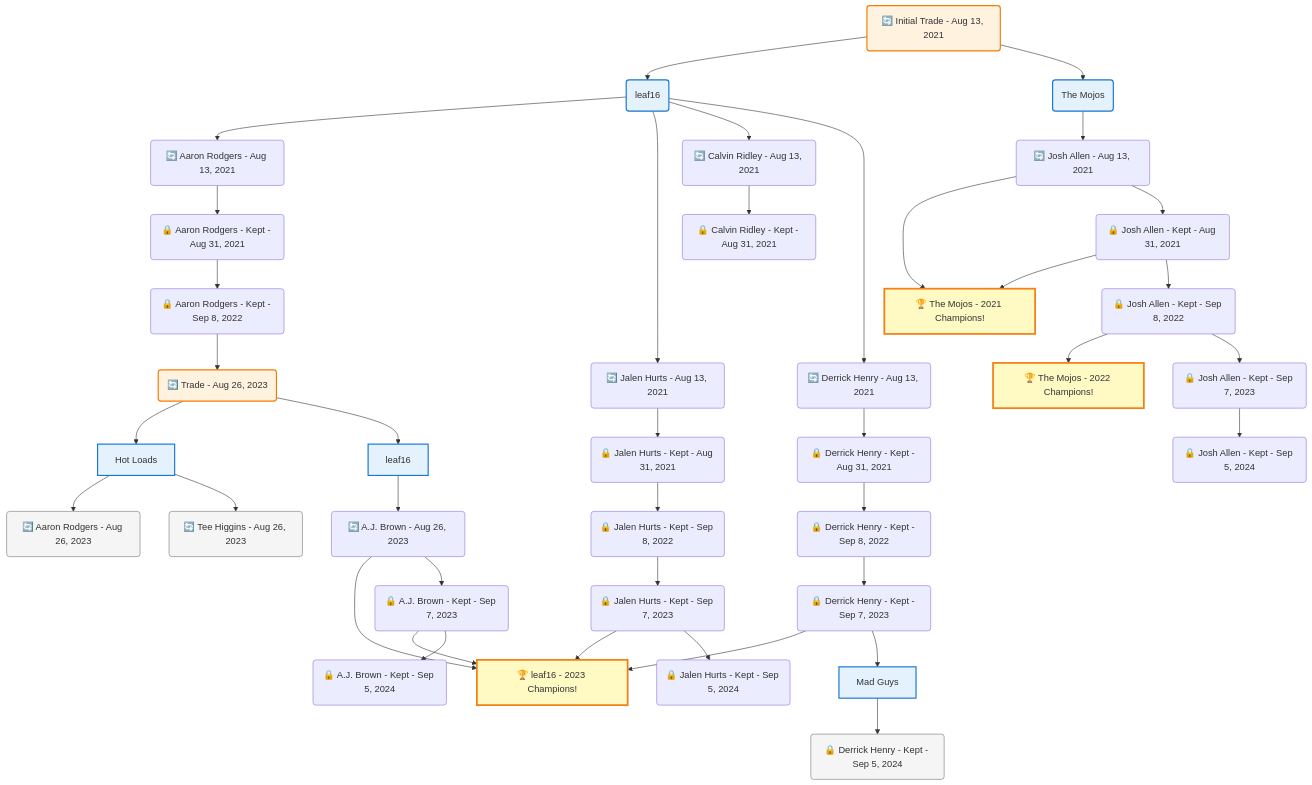
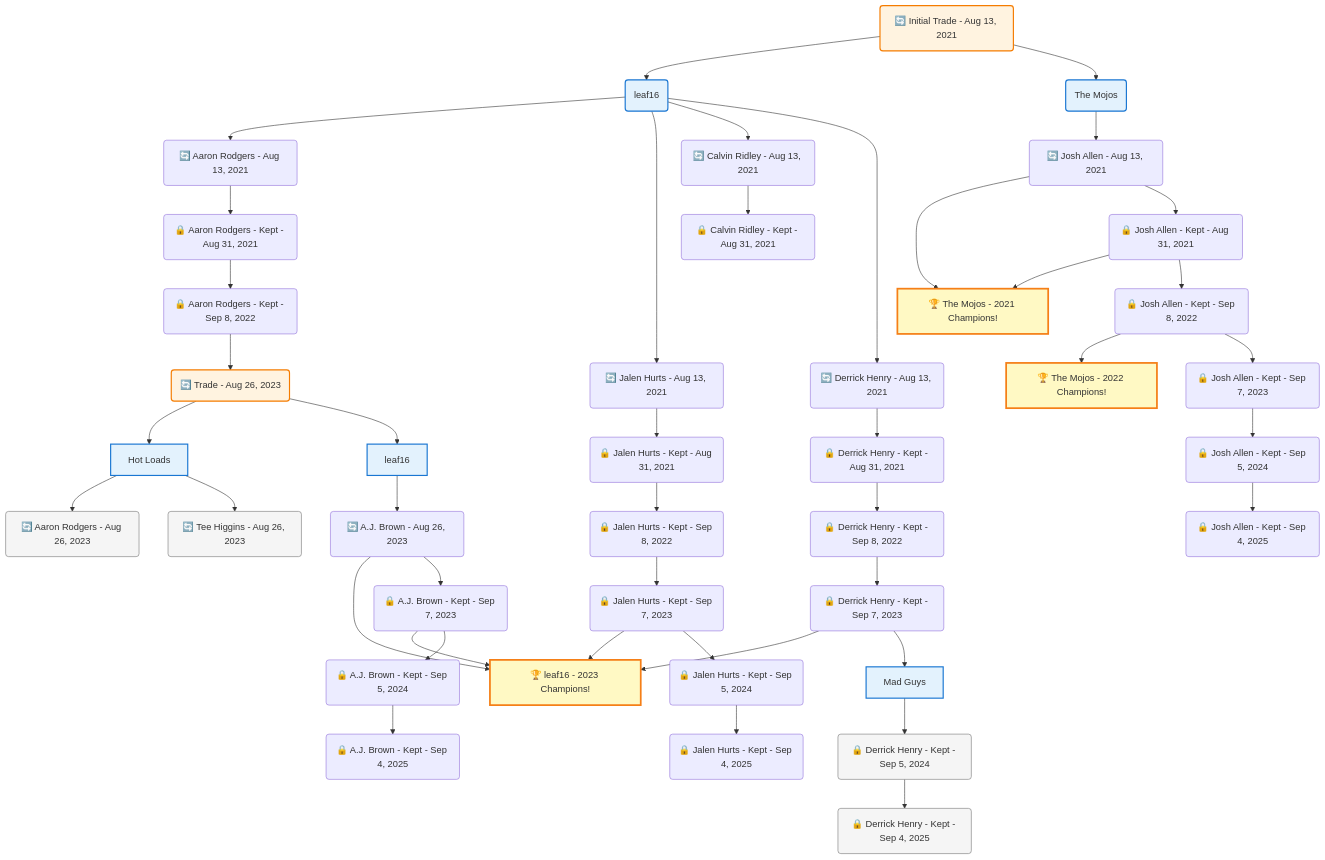
Before and after one commit to bsnooks/FantasyArchive: the diagram in frontend/public/data/trade-trees/mermaid/e4fccfb4-45d7-4b39-b3fa-3c821d621471.mmd, drawn with Mermaid. The commit also changed 76 other files, not shown here.

```diff
--- a/frontend/public/data/trade-trees/mermaid/e4fccfb4-45d7-4b39-b3fa-3c821d621471.mmd
+++ b/frontend/public/data/trade-trees/mermaid/e4fccfb4-45d7-4b39-b3fa-3c821d621471.mmd
@@ -1,90 +1,98 @@
 flowchart TD
 
     TRADE_MAIN("🔄 Initial Trade - Aug 13, 2021")
     TEAM_1("leaf16")
     TEAM_2("The Mojos")
     NODE_6bb3e177-7ff8-41ea-acd8-56f4f56e1b25("🔄 Aaron Rodgers - Aug 13, 2021")
     NODE_2592a7f6-b7c4-43d1-86ca-1eb32d608bd8("🔒 Aaron Rodgers - Kept - Aug 31, 2021")
     NODE_c256d2ac-c3c7-4985-8ee0-e17c50793281("🔒 Aaron Rodgers - Kept - Sep 8, 2022")
     TRADE_1e0f92f5-f740-452e-960a-a92c22afa115_3("🔄 Trade - Aug 26, 2023")
     TEAM_8e9f18ff-62c3-40e8-bb10-32f74cf4ee33_4["Hot Loads"]
     NODE_8aa48c5d-0248-4f37-b939-44a21820aa03("🔄 Aaron Rodgers - Aug 26, 2023")
     NODE_e0000e36-700d-493f-b3eb-b050938564e6("🔄 Tee Higgins - Aug 26, 2023")
     TEAM_66fb98f4-89a7-45f9-893a-b41d71e6249d_5["leaf16"]
     NODE_d94a3670-dfbf-4c37-91c1-d9776711e83b("🔄 A.J. Brown - Aug 26, 2023")
     CHAMP_66fb98f4-89a7-45f9-893a-b41d71e6249d_2023["🏆 leaf16 - 2023 Champions!"]
     NODE_66ce661e-c7b3-47f3-b522-24e21946dbba("🔒 A.J. Brown - Kept - Sep 7, 2023")
     NODE_5c3d7ce1-e559-4d1e-8be6-e87ae55e700a("🔒 A.J. Brown - Kept - Sep 5, 2024")
+    NODE_4ef850b8-3c4e-4c1b-8425-0f82d155195f("🔒 A.J. Brown - Kept - Sep 4, 2025")
     NODE_5e353109-3472-43ef-a0e0-668c3c5fc77f("🔄 Jalen Hurts - Aug 13, 2021")
     NODE_36c720dc-547d-4abb-9f99-a771c77a73dd("🔒 Jalen Hurts - Kept - Aug 31, 2021")
     NODE_24ecc5d2-74ae-4ca9-bb7d-bdf761878425("🔒 Jalen Hurts - Kept - Sep 8, 2022")
     NODE_eb4cc777-9000-4a04-8704-087a8e0257c3("🔒 Jalen Hurts - Kept - Sep 7, 2023")
     NODE_a9555c0e-246a-4add-b8a5-2e7de4c6cb0d("🔒 Jalen Hurts - Kept - Sep 5, 2024")
+    NODE_bc3b5963-81ee-4992-bdd9-4acbbed351b5("🔒 Jalen Hurts - Kept - Sep 4, 2025")
     NODE_ef11cc07-e07a-4645-bf87-834813f2a0d8("🔄 Calvin Ridley - Aug 13, 2021")
     NODE_ac8f9add-a36c-4110-9ea1-a7dacf1d1be6("🔒 Calvin Ridley - Kept - Aug 31, 2021")
     NODE_3a3f7e20-ef59-4dec-a510-94df4939aa24("🔄 Derrick Henry - Aug 13, 2021")
     NODE_317c8f77-cf03-4499-bfbb-02de7818d3b5("🔒 Derrick Henry - Kept - Aug 31, 2021")
     NODE_31050d86-077a-41fa-8b77-8694db0ca2b8("🔒 Derrick Henry - Kept - Sep 8, 2022")
     NODE_46a9a9f6-7649-4a40-a70d-ffe735dbe5b7("🔒 Derrick Henry - Kept - Sep 7, 2023")
     TEAM_f5908944-6efd-40eb-af54-6c53004e0e2f_6["Mad Guys"]
     NODE_b78b4765-cfe3-4682-a60a-e86c37e169f1("🔒 Derrick Henry - Kept - Sep 5, 2024")
+    NODE_3ba3844a-ff1f-40f3-a19f-3bc002554983("🔒 Derrick Henry - Kept - Sep 4, 2025")
     NODE_2ad2f5a6-4438-4752-a150-99aee3abd7df("🔄 Josh Allen - Aug 13, 2021")
     CHAMP_bbe2d0ad-54cf-4c22-be82-b2a5f262a157_2021["🏆 The Mojos - 2021 Champions!"]
     NODE_eca05795-b8d2-465c-87ea-a29786bb0bf9("🔒 Josh Allen - Kept - Aug 31, 2021")
     NODE_84f20f1f-2812-482e-a17f-97b722b99b57("🔒 Josh Allen - Kept - Sep 8, 2022")
     CHAMP_bbe2d0ad-54cf-4c22-be82-b2a5f262a157_2022["🏆 The Mojos - 2022 Champions!"]
     NODE_d0ed6e4c-f454-4dfe-9a4e-7852bfb57ba7("🔒 Josh Allen - Kept - Sep 7, 2023")
     NODE_057e3440-0fad-4b3d-96b5-0f3a913430de("🔒 Josh Allen - Kept - Sep 5, 2024")
+    NODE_32d3cfae-11dc-4199-9224-07c7085b4f01("🔒 Josh Allen - Kept - Sep 4, 2025")
 
     TRADE_MAIN --> TEAM_1
     TRADE_MAIN --> TEAM_2
     TEAM_1 --> NODE_6bb3e177-7ff8-41ea-acd8-56f4f56e1b25
     NODE_6bb3e177-7ff8-41ea-acd8-56f4f56e1b25 --> NODE_2592a7f6-b7c4-43d1-86ca-1eb32d608bd8
     NODE_2592a7f6-b7c4-43d1-86ca-1eb32d608bd8 --> NODE_c256d2ac-c3c7-4985-8ee0-e17c50793281
     NODE_c256d2ac-c3c7-4985-8ee0-e17c50793281 --> TRADE_1e0f92f5-f740-452e-960a-a92c22afa115_3
     TRADE_1e0f92f5-f740-452e-960a-a92c22afa115_3 --> TEAM_8e9f18ff-62c3-40e8-bb10-32f74cf4ee33_4
     TEAM_8e9f18ff-62c3-40e8-bb10-32f74cf4ee33_4 --> NODE_8aa48c5d-0248-4f37-b939-44a21820aa03
     TEAM_8e9f18ff-62c3-40e8-bb10-32f74cf4ee33_4 --> NODE_e0000e36-700d-493f-b3eb-b050938564e6
     TRADE_1e0f92f5-f740-452e-960a-a92c22afa115_3 --> TEAM_66fb98f4-89a7-45f9-893a-b41d71e6249d_5
     TEAM_66fb98f4-89a7-45f9-893a-b41d71e6249d_5 --> NODE_d94a3670-dfbf-4c37-91c1-d9776711e83b
     NODE_d94a3670-dfbf-4c37-91c1-d9776711e83b --> CHAMP_66fb98f4-89a7-45f9-893a-b41d71e6249d_2023
     NODE_d94a3670-dfbf-4c37-91c1-d9776711e83b --> NODE_66ce661e-c7b3-47f3-b522-24e21946dbba
     NODE_66ce661e-c7b3-47f3-b522-24e21946dbba --> CHAMP_66fb98f4-89a7-45f9-893a-b41d71e6249d_2023
     NODE_66ce661e-c7b3-47f3-b522-24e21946dbba --> NODE_5c3d7ce1-e559-4d1e-8be6-e87ae55e700a
+    NODE_5c3d7ce1-e559-4d1e-8be6-e87ae55e700a --> NODE_4ef850b8-3c4e-4c1b-8425-0f82d155195f
     TEAM_1 --> NODE_5e353109-3472-43ef-a0e0-668c3c5fc77f
     NODE_5e353109-3472-43ef-a0e0-668c3c5fc77f --> NODE_36c720dc-547d-4abb-9f99-a771c77a73dd
     NODE_36c720dc-547d-4abb-9f99-a771c77a73dd --> NODE_24ecc5d2-74ae-4ca9-bb7d-bdf761878425
     NODE_24ecc5d2-74ae-4ca9-bb7d-bdf761878425 --> NODE_eb4cc777-9000-4a04-8704-087a8e0257c3
     NODE_eb4cc777-9000-4a04-8704-087a8e0257c3 --> CHAMP_66fb98f4-89a7-45f9-893a-b41d71e6249d_2023
     NODE_eb4cc777-9000-4a04-8704-087a8e0257c3 --> NODE_a9555c0e-246a-4add-b8a5-2e7de4c6cb0d
+    NODE_a9555c0e-246a-4add-b8a5-2e7de4c6cb0d --> NODE_bc3b5963-81ee-4992-bdd9-4acbbed351b5
     TEAM_1 --> NODE_ef11cc07-e07a-4645-bf87-834813f2a0d8
     NODE_ef11cc07-e07a-4645-bf87-834813f2a0d8 --> NODE_ac8f9add-a36c-4110-9ea1-a7dacf1d1be6
     TEAM_1 --> NODE_3a3f7e20-ef59-4dec-a510-94df4939aa24
     NODE_3a3f7e20-ef59-4dec-a510-94df4939aa24 --> NODE_317c8f77-cf03-4499-bfbb-02de7818d3b5
     NODE_317c8f77-cf03-4499-bfbb-02de7818d3b5 --> NODE_31050d86-077a-41fa-8b77-8694db0ca2b8
     NODE_31050d86-077a-41fa-8b77-8694db0ca2b8 --> NODE_46a9a9f6-7649-4a40-a70d-ffe735dbe5b7
     NODE_46a9a9f6-7649-4a40-a70d-ffe735dbe5b7 --> CHAMP_66fb98f4-89a7-45f9-893a-b41d71e6249d_2023
     NODE_46a9a9f6-7649-4a40-a70d-ffe735dbe5b7 --> TEAM_f5908944-6efd-40eb-af54-6c53004e0e2f_6
     TEAM_f5908944-6efd-40eb-af54-6c53004e0e2f_6 --> NODE_b78b4765-cfe3-4682-a60a-e86c37e169f1
+    NODE_b78b4765-cfe3-4682-a60a-e86c37e169f1 --> NODE_3ba3844a-ff1f-40f3-a19f-3bc002554983
     TEAM_2 --> NODE_2ad2f5a6-4438-4752-a150-99aee3abd7df
     NODE_2ad2f5a6-4438-4752-a150-99aee3abd7df --> CHAMP_bbe2d0ad-54cf-4c22-be82-b2a5f262a157_2021
     NODE_2ad2f5a6-4438-4752-a150-99aee3abd7df --> NODE_eca05795-b8d2-465c-87ea-a29786bb0bf9
     NODE_eca05795-b8d2-465c-87ea-a29786bb0bf9 --> CHAMP_bbe2d0ad-54cf-4c22-be82-b2a5f262a157_2021
     NODE_eca05795-b8d2-465c-87ea-a29786bb0bf9 --> NODE_84f20f1f-2812-482e-a17f-97b722b99b57
     NODE_84f20f1f-2812-482e-a17f-97b722b99b57 --> CHAMP_bbe2d0ad-54cf-4c22-be82-b2a5f262a157_2022
     NODE_84f20f1f-2812-482e-a17f-97b722b99b57 --> NODE_d0ed6e4c-f454-4dfe-9a4e-7852bfb57ba7
     NODE_d0ed6e4c-f454-4dfe-9a4e-7852bfb57ba7 --> NODE_057e3440-0fad-4b3d-96b5-0f3a913430de
+    NODE_057e3440-0fad-4b3d-96b5-0f3a913430de --> NODE_32d3cfae-11dc-4199-9224-07c7085b4f01
 
     %% Node styling
     classDef teamNode fill:#e3f2fd,stroke:#1976d2,stroke-width:2px
     classDef tradeNode fill:#fff3e0,stroke:#f57c00,stroke-width:2px
     classDef playerNode fill:#f3e5f5,stroke:#7b1fa2,stroke-width:1px
     classDef nonRootPlayerNode fill:#f5f5f5,stroke:#757575,stroke-width:1px
     classDef endNode fill:#ffebee,stroke:#c62828,stroke-width:2px
     classDef waiverNode fill:#e8f5e8,stroke:#388e3c,stroke-width:2px
     classDef championshipNode fill:#fff9c4,stroke:#f57f17,stroke-width:3px
 
     class TEAM_1,TEAM_2,TEAM_8e9f18ff-62c3-40e8-bb10-32f74cf4ee33_4,TEAM_66fb98f4-89a7-45f9-893a-b41d71e6249d_5,TEAM_f5908944-6efd-40eb-af54-6c53004e0e2f_6 teamNode
     class CHAMP_66fb98f4-89a7-45f9-893a-b41d71e6249d_2023,CHAMP_bbe2d0ad-54cf-4c22-be82-b2a5f262a157_2021,CHAMP_bbe2d0ad-54cf-4c22-be82-b2a5f262a157_2022 championshipNode
-    class NODE_8aa48c5d-0248-4f37-b939-44a21820aa03,NODE_e0000e36-700d-493f-b3eb-b050938564e6,NODE_b78b4765-cfe3-4682-a60a-e86c37e169f1 nonRootPlayerNode
+    class NODE_8aa48c5d-0248-4f37-b939-44a21820aa03,NODE_e0000e36-700d-493f-b3eb-b050938564e6,NODE_b78b4765-cfe3-4682-a60a-e86c37e169f1,NODE_3ba3844a-ff1f-40f3-a19f-3bc002554983 nonRootPlayerNode
     class TRADE_MAIN,TRADE_1e0f92f5-f740-452e-960a-a92c22afa115_3 tradeNode
```
